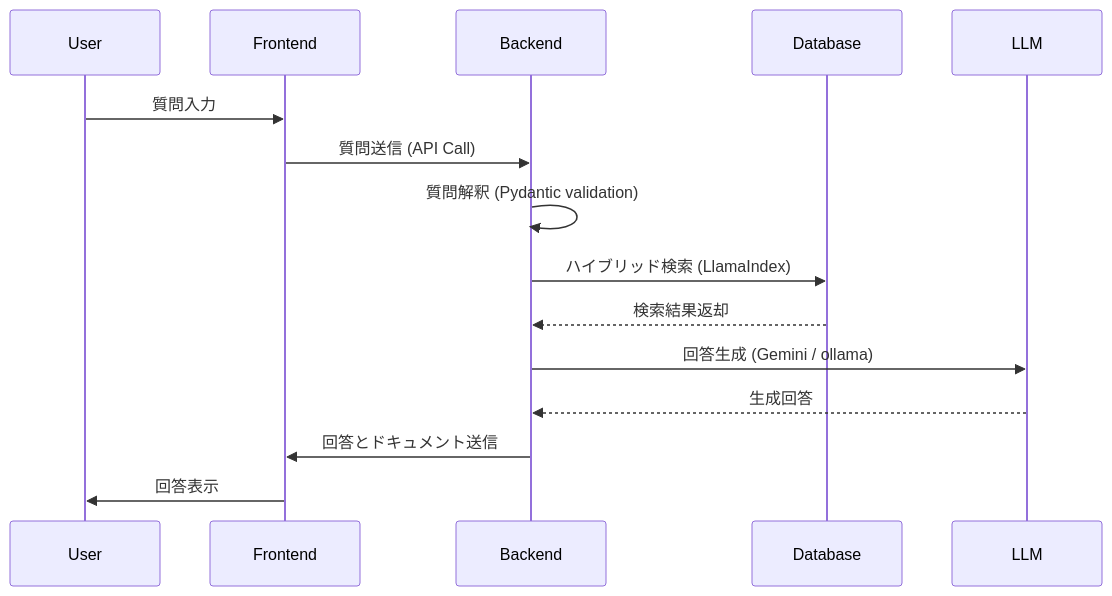
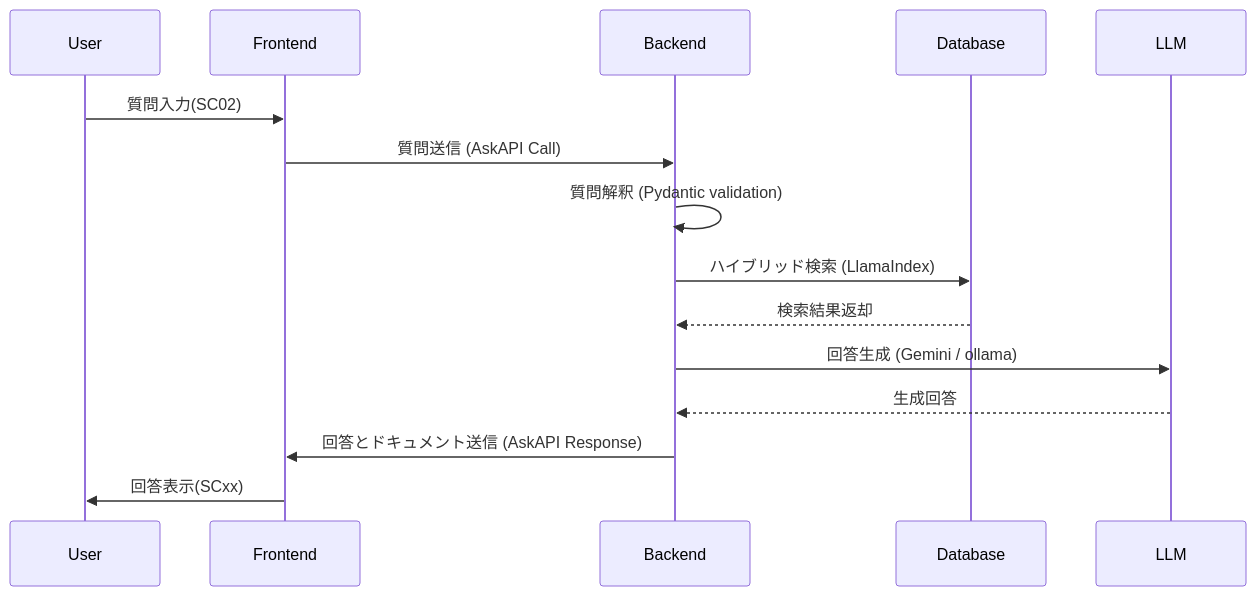
The second of 2 diagrams in docs/architecture.md (YHTR0257/lakda), drawn with Mermaid before and after one commit.

Commit message:
docs: update arch

````diff
--- a/docs/architecture.md
+++ b/docs/architecture.md
@@ -44,18 +44,18 @@
 ```mermaid
 sequenceDiagram
     participant User
     participant Frontend
     participant Backend
     participant Database
     participant LLM
 
-    User->>Frontend: 質問入力
-    Frontend->>Backend: 質問送信 (API Call)
+    User->>Frontend: 質問入力(SC02)
+    Frontend->>Backend: 質問送信 (AskAPI Call)
     Backend->>Backend: 質問解釈 (Pydantic validation)
     Backend->>Database: ハイブリッド検索 (LlamaIndex)
     Database-->>Backend: 検索結果返却
     Backend->>LLM: 回答生成 (Gemini / ollama)
     LLM-->>Backend: 生成回答
-    Backend->>Frontend: 回答とドキュメント送信
-    Frontend->>User: 回答表示
+    Backend->>Frontend: 回答とドキュメント送信 (AskAPI Response)
+    Frontend->>User: 回答表示(SCxx)
 ```
````
